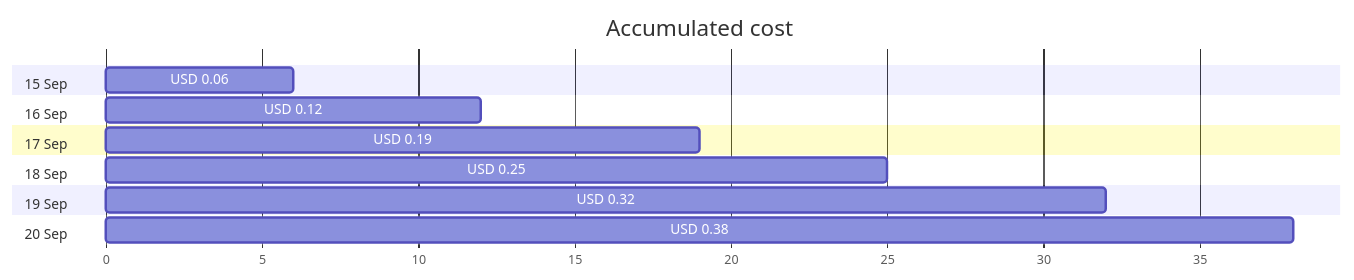
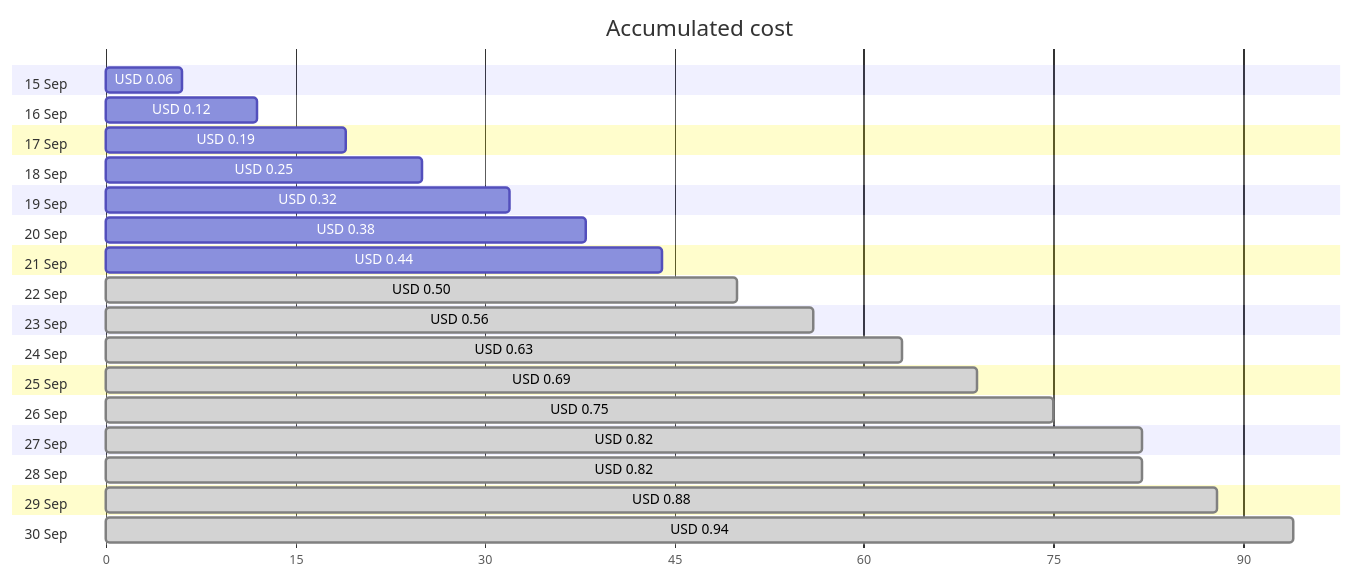
Before and after one commit to jpfulton/azure-personal-reports: the first of 4 diagrams in cost-reports/personal-network/vpn-server_OsDisk.md, drawn with Mermaid. The commit also changed other lines of this file and 9 other files, not shown here.

````diff
--- a/cost-reports/personal-network/vpn-server_OsDisk.md
+++ b/cost-reports/personal-network/vpn-server_OsDisk.md
@@ -20,18 +20,38 @@
 ```mermaid
 gantt
    title Accumulated cost
    dateFormat  X
    axisFormat %s
    section 15 Sep
    USD 0.06 :0, 6
    section 16 Sep
    USD 0.12 :0, 12
    section 17 Sep
    USD 0.19 :0, 19
    section 18 Sep
    USD 0.25 :0, 25
    section 19 Sep
    USD 0.32 :0, 32
    section 20 Sep
    USD 0.38 :0, 38
+   section 21 Sep
+   USD 0.44 :0, 44
+   section 22 Sep
+   USD 0.50 : done, 0, 50
+   section 23 Sep
+   USD 0.56 : done, 0, 56
+   section 24 Sep
+   USD 0.63 : done, 0, 63
+   section 25 Sep
+   USD 0.69 : done, 0, 69
+   section 26 Sep
+   USD 0.75 : done, 0, 75
+   section 27 Sep
+   USD 0.82 : done, 0, 82
+   section 28 Sep
+   USD 0.82 : done, 0, 82
+   section 29 Sep
+   USD 0.88 : done, 0, 88
+   section 30 Sep
+   USD 0.94 : done, 0, 94
 ```
````
